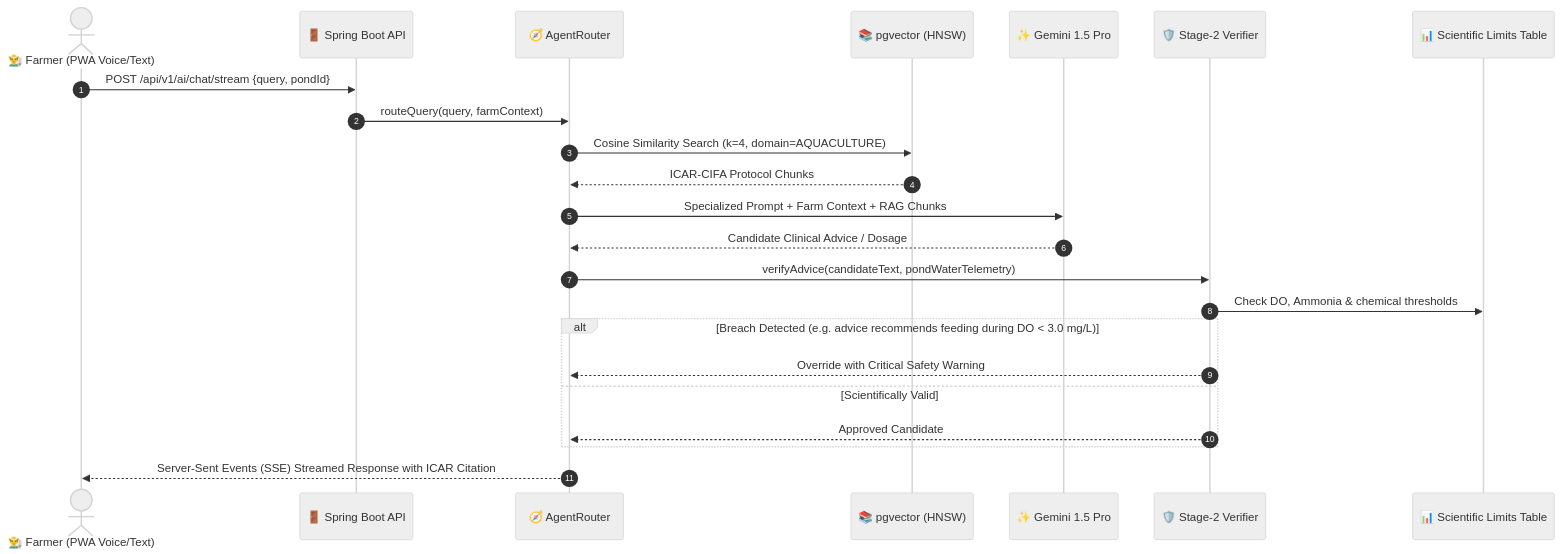
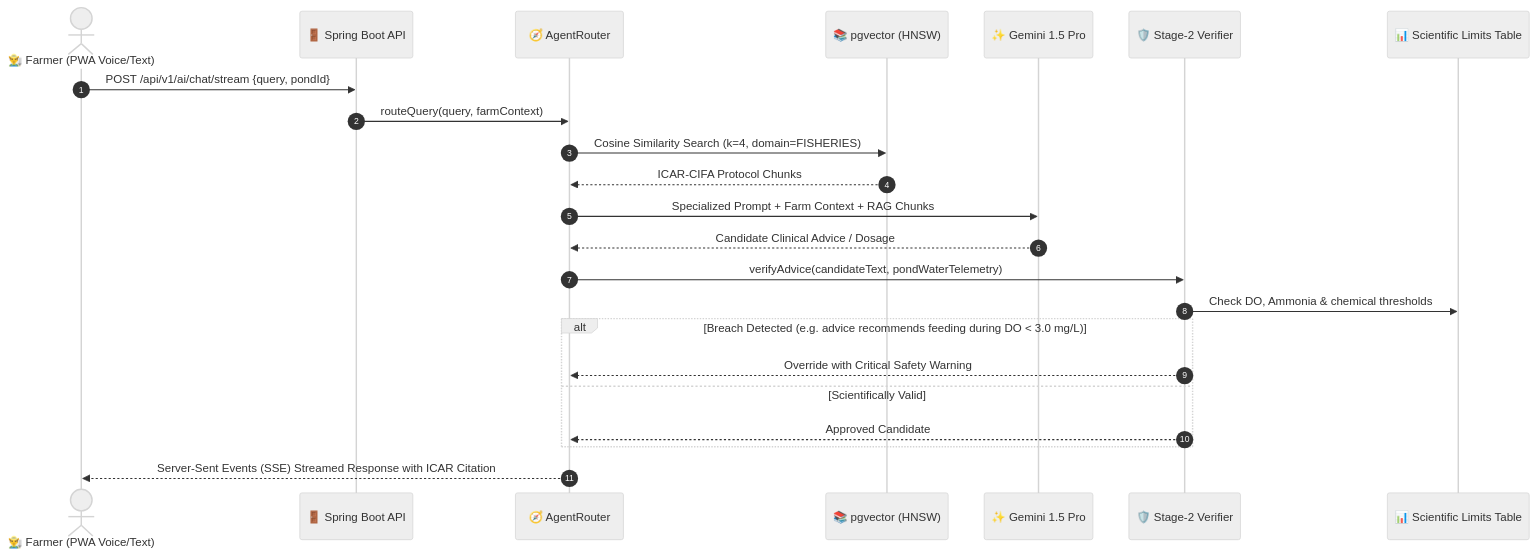
One commit to Mohitkumar7295/Agri-Farm-Assistant changed the second of 4 diagrams in docs/SYSTEM_ARCHITECTURE.md. Above: the diagram before and after it, drawn with Mermaid (neutral theme). The commit also changed other lines of this file and 51 other files, not shown here.

````diff
--- a/docs/SYSTEM_ARCHITECTURE.md
+++ b/docs/SYSTEM_ARCHITECTURE.md
@@ -137,26 +137,26 @@
 ```mermaid
 sequenceDiagram
     autonumber
     actor Farmer as 👨‍🌾 Farmer (PWA Voice/Text)
     participant Gateway as 🚪 Spring Boot API
     participant Router as 🧭 AgentRouter
     participant RAG as 📚 pgvector (HNSW)
     participant LLM as ✨ Gemini 1.5 Pro
     participant Stage2 as 🛡️ Stage-2 Verifier
     participant Matrix as 📊 Scientific Limits Table
 
     Farmer->>Gateway: POST /api/v1/ai/chat/stream {query, pondId}
     Gateway->>Router: routeQuery(query, farmContext)
-    Router->>RAG: Cosine Similarity Search (k=4, domain=AQUACULTURE)
+    Router->>RAG: Cosine Similarity Search (k=4, domain=FISHERIES)
     RAG-->>Router: ICAR-CIFA Protocol Chunks
     Router->>LLM: Specialized Prompt + Farm Context + RAG Chunks
     LLM-->>Router: Candidate Clinical Advice / Dosage
     Router->>Stage2: verifyAdvice(candidateText, pondWaterTelemetry)
     Stage2->>Matrix: Check DO, Ammonia & chemical thresholds
     alt Breach Detected (e.g. advice recommends feeding during DO < 3.0 mg/L)
         Stage2-->>Router: Override with Critical Safety Warning
     else Scientifically Valid
         Stage2-->>Router: Approved Candidate
     end
     Router-->>Farmer: Server-Sent Events (SSE) Streamed Response with ICAR Citation
 ```
````
